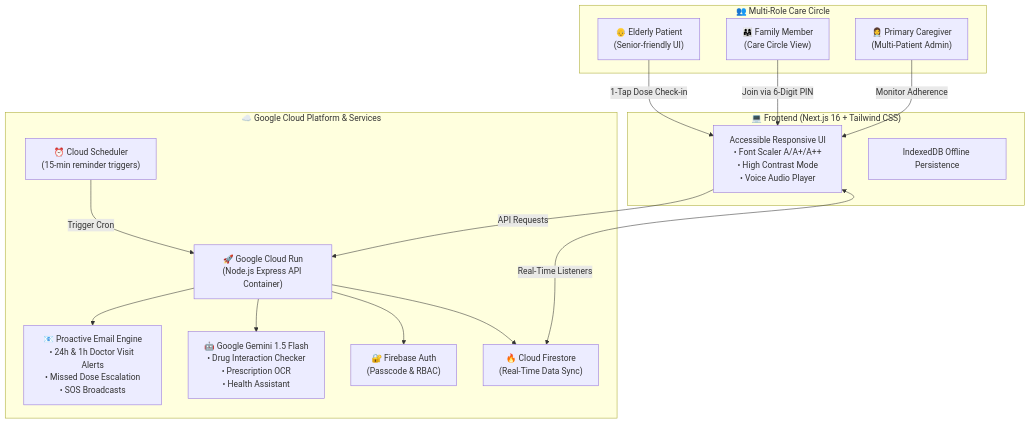
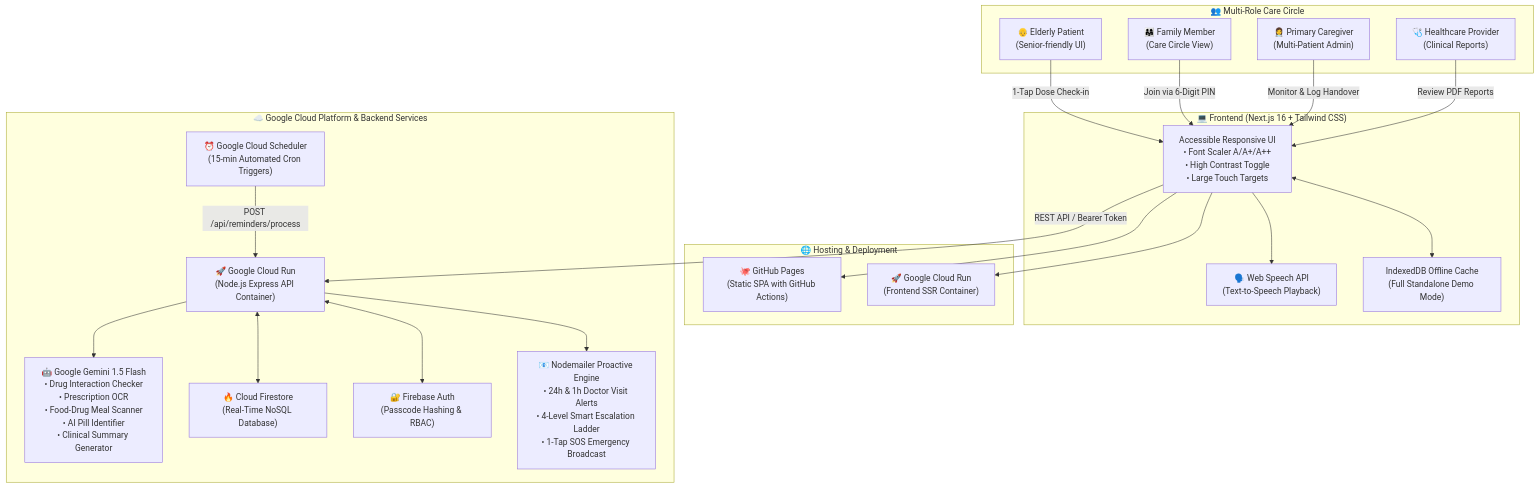
Before and after one commit to Kalyani-coding-wizard/CareSync: the diagram in README.md, drawn with Mermaid. The commit also changed other lines of this file and 14 other files, not shown here.

Commit message:
feat: complete CareSync platform with GitHub Pages workflow, creative features, and deployment docs

````diff
--- a/README.md
+++ b/README.md
@@ -37,34 +42,46 @@
 ```mermaid
 flowchart TD
     subgraph Users["👥 Multi-Role Care Circle"]
         Elderly["👴 Elderly Patient\n(Senior-friendly UI)"]
         Family["👨‍👩‍👧 Family Member\n(Care Circle View)"]
         Caregiver["👩‍⚕️ Primary Caregiver\n(Multi-Patient Admin)"]
+        Doctor["🩺 Healthcare Provider\n(Clinical Reports)"]
     end
 
     subgraph Frontend["💻 Frontend (Next.js 16 + Tailwind CSS)"]
-        UI["Accessible Responsive UI\n• Font Scaler A/A+/A++\n• High Contrast Mode\n• Voice Audio Player"]
-        LocalCache["IndexedDB Offline Persistence"]
+        UI["Accessible Responsive UI\n• Font Scaler A/A+/A++\n• High Contrast Toggle\n• Large Touch Targets"]
+        Audio["🗣️ Web Speech API\n(Text-to-Speech Playback)"]
+        LocalCache["IndexedDB Offline Cache\n(Full Standalone Demo Mode)"]
     end
 
-    subgraph GCP["☁️ Google Cloud Platform & Services"]
+    subgraph Hosting["🌐 Hosting & Deployment"]
+        GHPages["🐙 GitHub Pages\n(Static SPA with GitHub Actions)"]
+        CloudRunFront["🚀 Google Cloud Run\n(Frontend SSR Container)"]
+    end
+
+    subgraph GCP["☁️ Google Cloud Platform & Backend Services"]
         CloudRun["🚀 Google Cloud Run\n(Node.js Express API Container)"]
-        Gemini["🤖 Google Gemini 1.5 Flash\n• Drug Interaction Checker\n• Prescription OCR\n• Health Assistant"]
-        Firestore["🔥 Cloud Firestore\n(Real-Time Data Sync)"]
-        FirebaseAuth["🔐 Firebase Auth\n(Passcode & RBAC)"]
-        Scheduler["⏰ Cloud Scheduler\n(15-min reminder triggers)"]
-        EmailService["📧 Proactive Email Engine\n• 24h & 1h Doctor Visit Alerts\n• Missed Dose Escalation\n• SOS Broadcasts"]
+        Gemini["🤖 Google Gemini 1.5 Flash\n• Drug Interaction Checker\n• Prescription OCR\n• Food-Drug Meal Scanner\n• AI Pill Identifier\n• Clinical Summary Generator"]
+        Firestore["🔥 Cloud Firestore\n(Real-Time NoSQL Database)"]
+        FirebaseAuth["🔐 Firebase Auth\n(Passcode Hashing & RBAC)"]
+        Scheduler["⏰ Google Cloud Scheduler\n(15-min Automated Cron Triggers)"]
+        EmailService["📧 Nodemailer Proactive Engine\n• 24h & 1h Doctor Visit Alerts\n• 4-Level Smart Escalation Ladder\n• 1-Tap SOS Emergency Broadcast"]
     end
 
     Elderly -->|"1-Tap Dose Check-in"| UI
     Family -->|"Join via 6-Digit PIN"| UI
-    Caregiver -->|"Monitor Adherence"| UI
+    Caregiver -->|"Monitor & Log Handover"| UI
+    Doctor -->|"Review PDF Reports"| UI
 
-    UI <-->|"Real-Time Listeners"| Firestore
-    UI -->|"API Requests"| CloudRun
-    CloudRun --> Firestore
-    CloudRun --> FirebaseAuth
+    UI --> Audio
+    UI <--> LocalCache
+    UI --> GHPages
+    UI --> CloudRunFront
+
+    UI -->|"REST API / Bearer Token"| CloudRun
+    CloudRun <--> Firestore
+    CloudRun <--> FirebaseAuth
     CloudRun --> Gemini
     CloudRun --> EmailService
-    Scheduler -->|"Trigger Cron"| CloudRun
+    Scheduler -->|"POST /api/reminders/process"| CloudRun
 ```
````
